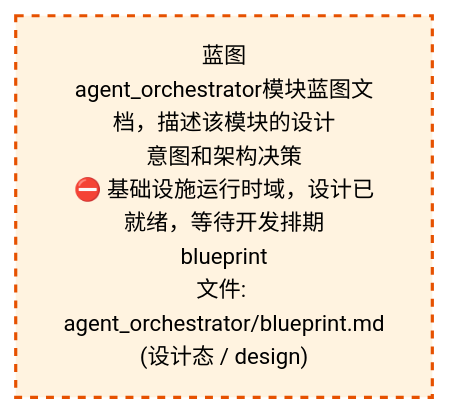
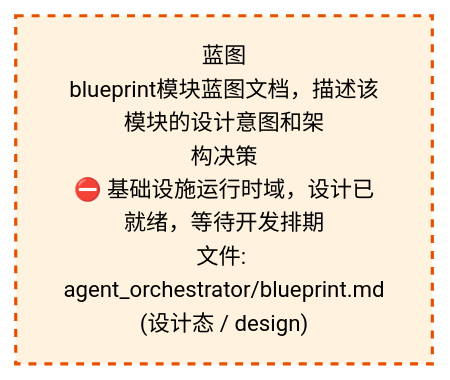
Before and after one commit to xuanFelixVan/ZephyrAlpha: the third of 4 diagrams in docs/02_enterprise_architecture/02_domain_architecture_docs/06_d_infra_runtime.md, drawn with Mermaid. The commit also changed other lines of this file and 58 other files, not shown here.

````diff
--- a/docs/02_enterprise_architecture/02_domain_architecture_docs/06_d_infra_runtime.md
+++ b/docs/02_enterprise_architecture/02_domain_architecture_docs/06_d_infra_runtime.md
@@ -1085,10 +1085,10 @@
 ```mermaid
 %%{init: {'theme': 'base', 'themeVariables': {'primaryColor': '#eaeaea', 'primaryTextColor': '#333333', 'primaryBorderColor': '#666666', 'lineColor': '#666666', 'secondaryColor': '#eaeaea', 'tertiaryColor': '#eaeaea', 'fontSize': '14px'}}}%%
 flowchart TD
-    docs_03_modules_cross_layer_agent_orchestrator_blueprint_md["蓝图<br/>agent_orchestrator模块蓝图文档，描述该模块的设计<br/>意图和架构决策<br/>⛔ 基础设施运行时域，设计已就绪，等待开发排期<br/>blueprint<br/>文件: agent_orchestrator/blueprint.md<br/>(设计态 / design)"]
+    docs_03_modules_cross_layer_agent_orchestrator_blueprint_md["蓝图<br/>blueprint模块蓝图文档，描述该模块的设计意图和架<br/>构决策<br/>⛔ 基础设施运行时域，设计已就绪，等待开发排期<br/>文件: agent_orchestrator/blueprint.md<br/>(设计态 / design)"]
     classDef production fill:#e1f5fe,stroke:#01579b,stroke-width:2px,color:#000
     classDef design fill:#fff3e0,stroke:#e65100,stroke-width:2px,color:#000,stroke-dasharray: 5 5
     classDef external_prod fill:#e8f4fd,stroke:#0277bd,stroke-width:1px,color:#000
     classDef external_design fill:#fff8e7,stroke:#ef6c00,stroke-width:1px,color:#000,stroke-dasharray: 5 5
     class docs_03_modules_cross_layer_agent_orchestrator_blueprint_md design
 ```
````
